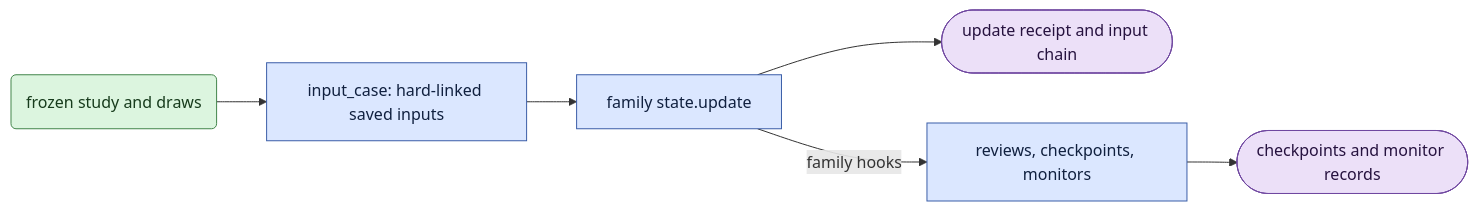
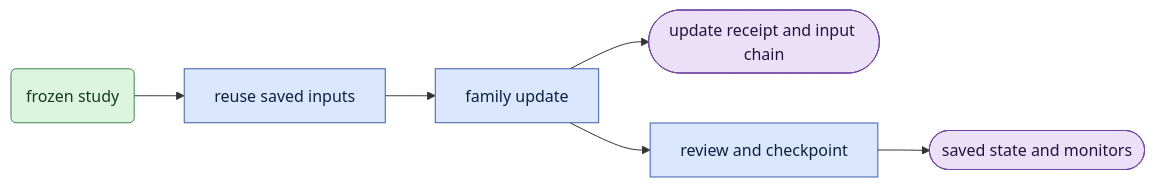
The diagram in scripts/prune/doc/learn/ddp_owner.md (AtlantixJJ/LTX-2), drawn with Mermaid before and after one commit. The commit also changed other lines of this file and 146 other files, not shown here.

````diff
--- a/scripts/prune/doc/learn/ddp_owner.md
+++ b/scripts/prune/doc/learn/ddp_owner.md
@@ -20,14 +21,14 @@
 ```mermaid
 flowchart LR
-  S("frozen study and draws") --> I["input_case: hard-linked saved inputs"]
-  I --> U["family state.update"]
+  S("frozen study") --> I["reuse saved inputs"]
+  I --> U["family update"]
   U --> R(["update receipt and input chain"])
-  U -->|"family hooks"| H["reviews, checkpoints, monitors"]
-  H --> C(["checkpoints and monitor records"])
+  U --> H["review and checkpoint"]
+  H --> C(["saved state and monitors"])
   classDef proc fill:#dbe7ff,stroke:#3b5ea8,color:#10203f;
   classDef tensor fill:#dcf5df,stroke:#43854b,color:#173b1c;
   classDef out fill:#ece0f8,stroke:#7048a0,color:#26123f;
   class I,U,H proc;
   class S tensor;
   class R,C out;
 ```
````
